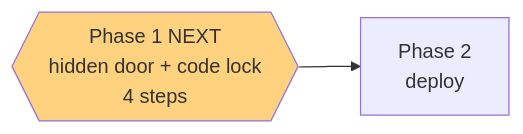
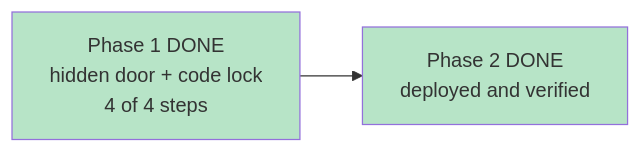
Before and after one commit to dkreinov/magic-clinic-english: the diagram in .oplan/parent-access/STATUS.md, drawn with Mermaid. The commit also changed other lines of this file, not shown here.

````diff
--- a/.oplan/parent-access/STATUS.md
+++ b/.oplan/parent-access/STATUS.md
@@ -12,5 +7,6 @@
 ```mermaid
 flowchart LR
-    P1{{Phase 1 NEXT<br/>hidden door + code lock<br/>4 steps}} --> P2[Phase 2<br/>deploy]
-    style P1 fill:#ffd27f
+    P1[Phase 1 DONE<br/>hidden door + code lock<br/>4 of 4 steps] --> P2[Phase 2 DONE<br/>deployed and verified]
+    style P1 fill:#b7e4c7
+    style P2 fill:#b7e4c7
 ```
````
